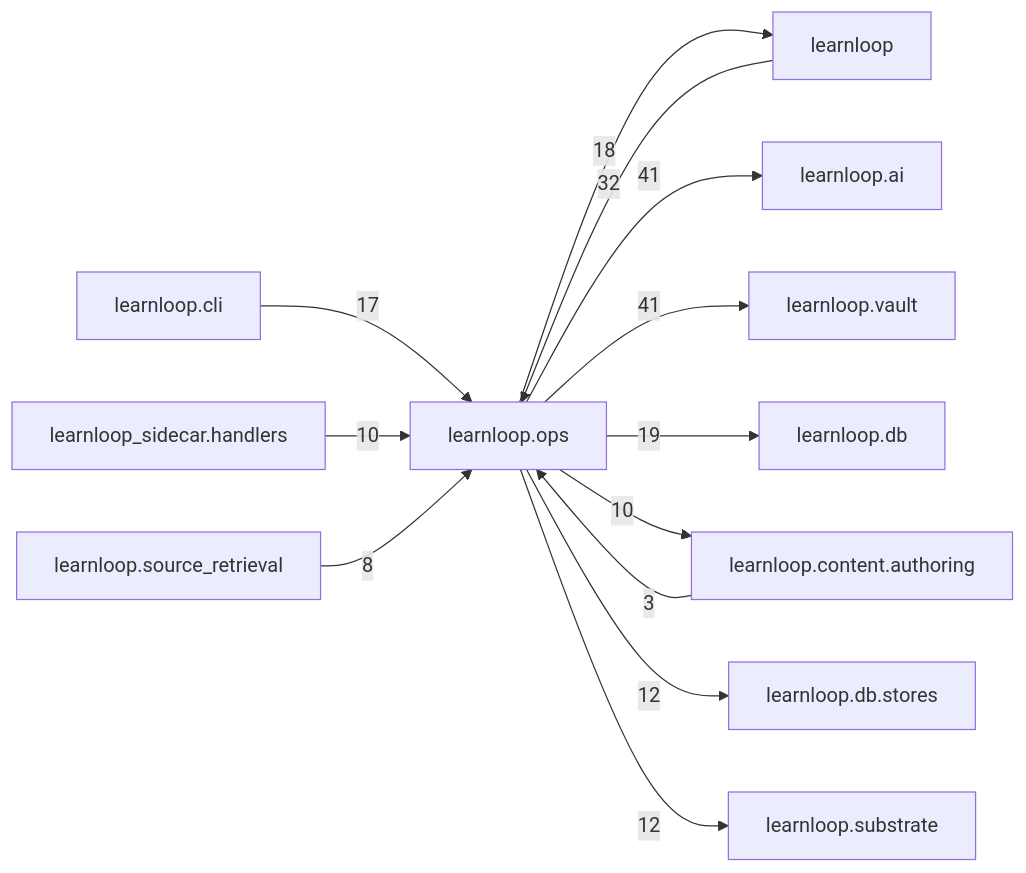
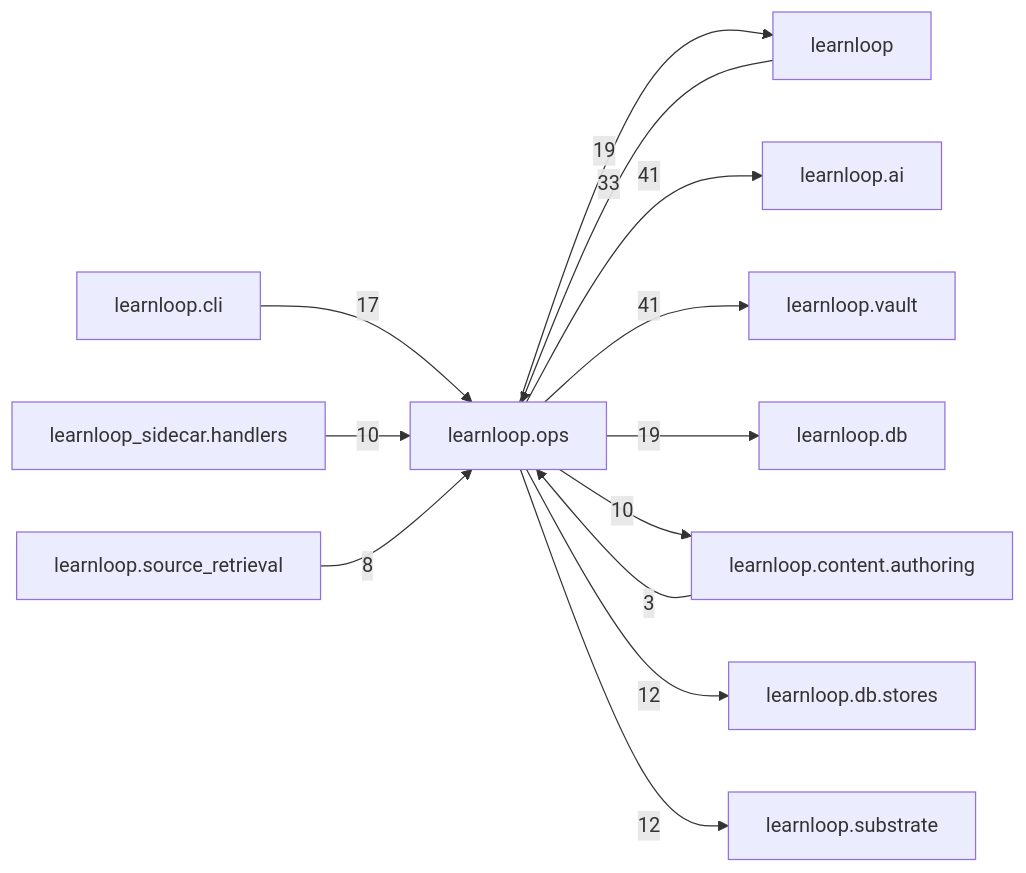
Before and after one commit to 6up-b/learnanything: the diagram in docs/learnloop-architecture-vault/Reference/Modules/learnloop/ops/_package.md, drawn with Mermaid. The commit also changed other lines of this file and 62 other files, not shown here.

````diff
--- a/docs/learnloop-architecture-vault/Reference/Modules/learnloop/ops/_package.md
+++ b/docs/learnloop-architecture-vault/Reference/Modules/learnloop/ops/_package.md
@@ -147,26 +147,26 @@
 ```mermaid
 flowchart LR
     center["learnloop.ops"]
     n_learnloop["learnloop"]
     n_learnloop_ai["learnloop.ai"]
     n_learnloop_vault["learnloop.vault"]
     n_learnloop_db["learnloop.db"]
     n_learnloop_cli["learnloop.cli"]
     n_learnloop_content_authoring["learnloop.content.authoring"]
     n_learnloop_db_stores["learnloop.db.stores"]
     n_learnloop_substrate["learnloop.substrate"]
     n_learnloop_sidecar_handlers["learnloop_sidecar.handlers"]
     n_learnloop_source_retrieval["learnloop.source_retrieval"]
-    n_learnloop -->|32| center
-    center -->|18| n_learnloop
+    n_learnloop -->|33| center
+    center -->|19| n_learnloop
     center -->|41| n_learnloop_ai
     center -->|41| n_learnloop_vault
     center -->|19| n_learnloop_db
     n_learnloop_cli -->|17| center
     n_learnloop_content_authoring -->|3| center
     center -->|10| n_learnloop_content_authoring
     center -->|12| n_learnloop_db_stores
     center -->|12| n_learnloop_substrate
     n_learnloop_sidecar_handlers -->|10| center
     n_learnloop_source_retrieval -->|8| center
 ```
````
